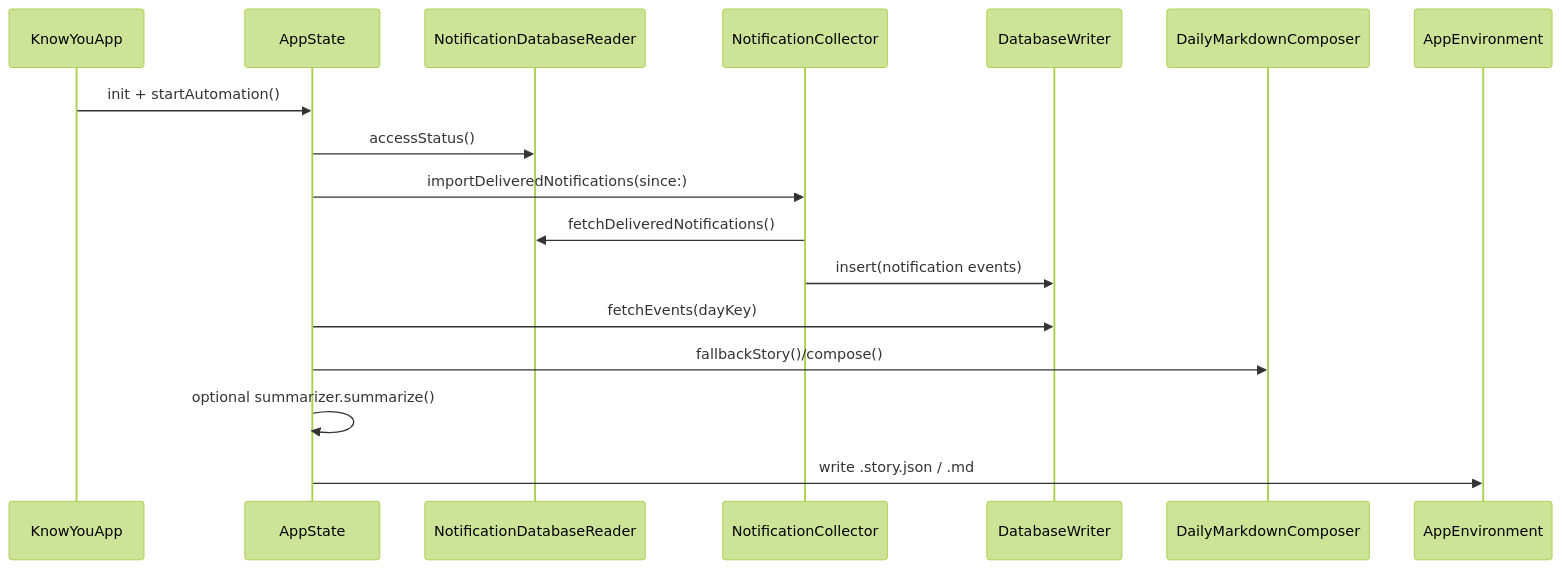
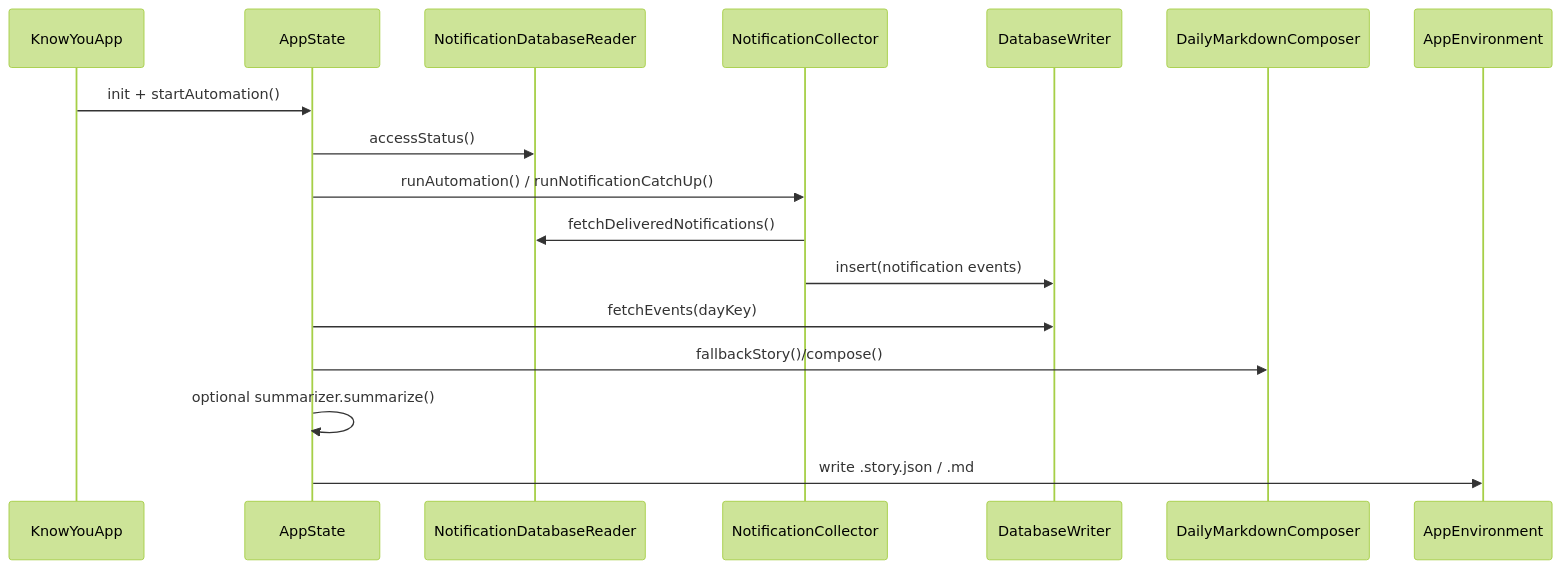
The second of 2 diagrams in docs/architecture.md (gift-is-coding/know-you-open-source), drawn with Mermaid (forest theme) before and after one commit. The commit also changed other lines of this file and 2 other files, not shown here.

Commit message:
docs: align refresh and sync architecture

````diff
--- a/docs/architecture.md
+++ b/docs/architecture.md
@@ -410,19 +424,19 @@
 ```mermaid
 sequenceDiagram
     participant App as KnowYouApp
     participant State as AppState
     participant Reader as NotificationDatabaseReader
     participant Collector as NotificationCollector
     participant DB as DatabaseWriter
     participant Composer as DailyMarkdownComposer
 
     App->>State: init + startAutomation()
     State->>Reader: accessStatus()
-    State->>Collector: importDeliveredNotifications(since:)
+    State->>Collector: runAutomation() / runNotificationCatchUp()
     Collector->>Reader: fetchDeliveredNotifications()
     Collector->>DB: insert(notification events)
     State->>DB: fetchEvents(dayKey)
     State->>Composer: fallbackStory()/compose()
     State->>State: optional summarizer.summarize()
     State->>AppEnvironment: write .story.json / .md
 ```
````
